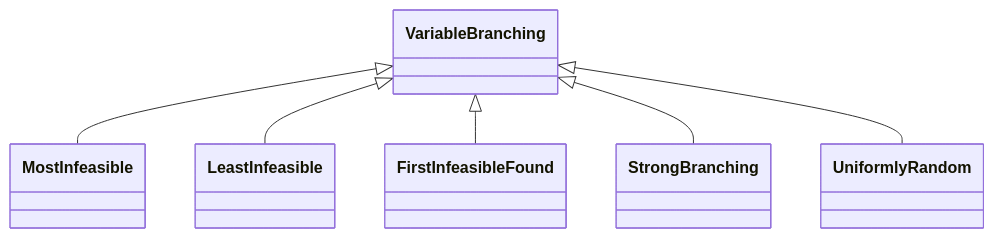
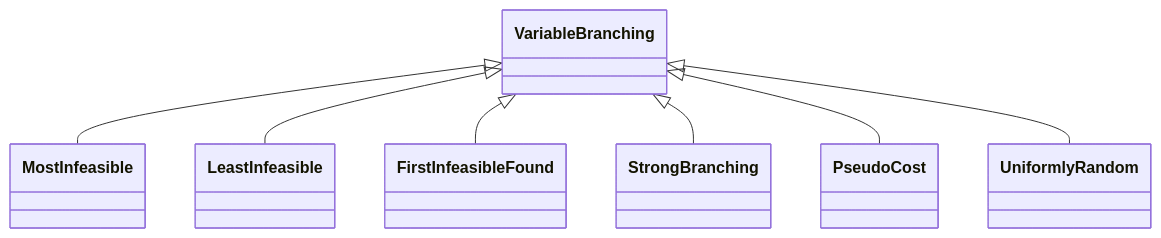
Before and after one commit to hlefebvr/idol: the diagram in documentation/api/optimizers/branch-and-bound/branching-rules/index.rst, drawn with Mermaid. The commit also changed other lines of this file and 1 other file, not shown here.

```diff
--- a/documentation/api/optimizers/branch-and-bound/branching-rules/index.rst
+++ b/documentation/api/optimizers/branch-and-bound/branching-rules/index.rst
@@ -6,8 +6,9 @@
 .. mermaid::
 
    classDiagram
        VariableBranching <|-- MostInfeasible
        VariableBranching <|-- LeastInfeasible
        VariableBranching <|-- FirstInfeasibleFound
        VariableBranching <|-- StrongBranching
+       VariableBranching <|-- PseudoCost
        VariableBranching <|-- UniformlyRandom
```
